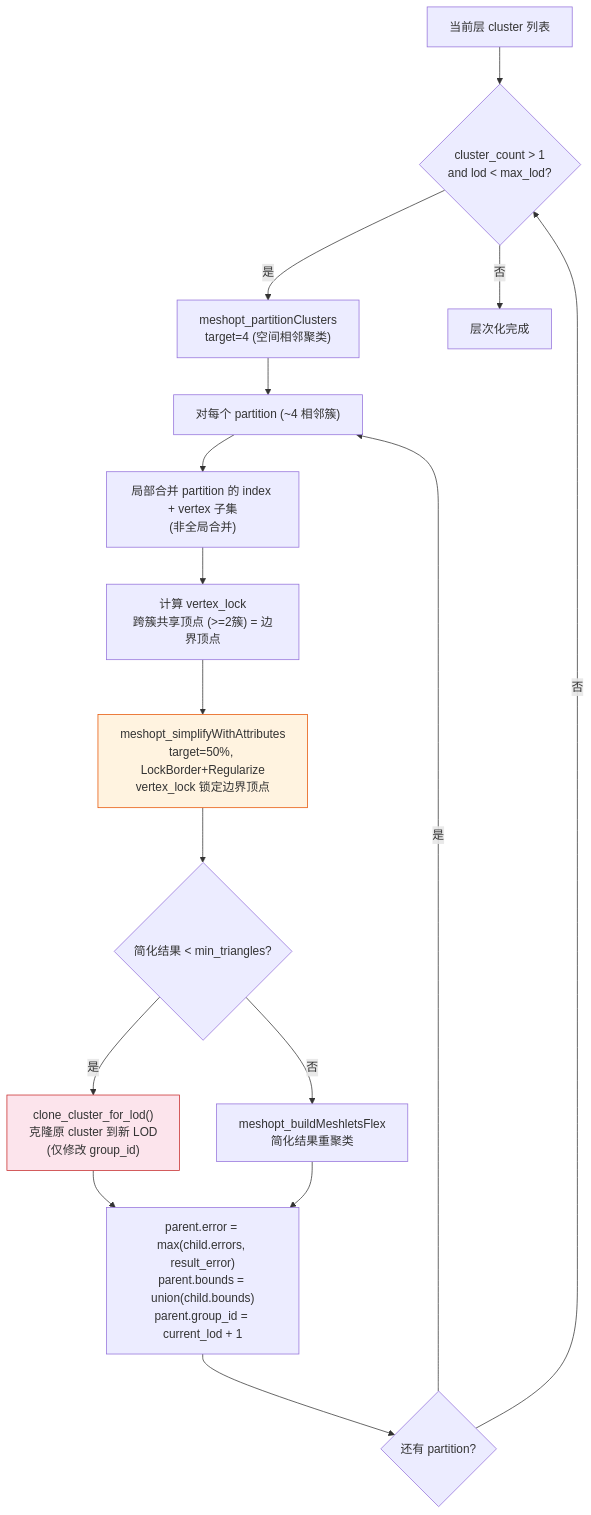
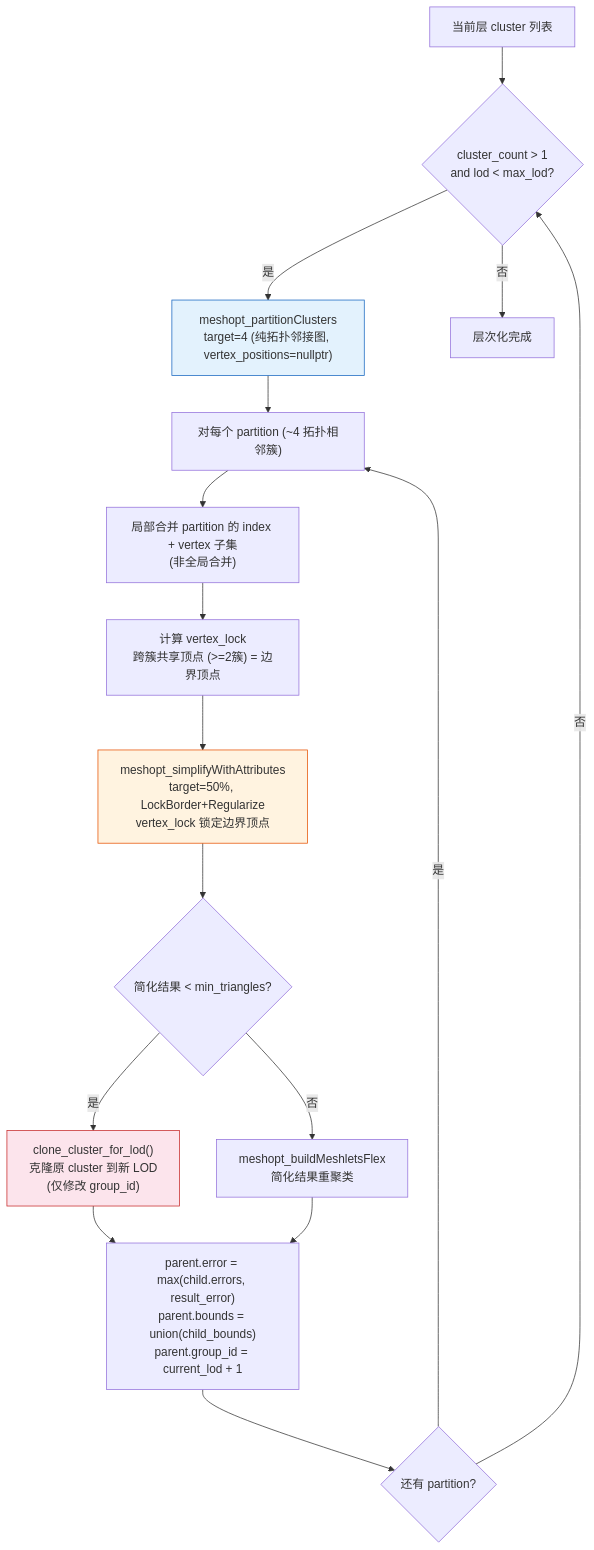
Before and after one commit to alonecat06/godot: the ninth of 18 diagrams in nanite_doc/nanite-overall-design.md, drawn with Mermaid. The commit also changed other lines of this file and 1 other file, not shown here.

````diff
--- a/nanite_doc/nanite-overall-design.md
+++ b/nanite_doc/nanite-overall-design.md
@@ -1105,21 +1105,22 @@
 ```mermaid
 flowchart TD
     Start["当前层 cluster 列表"] --> Check{cluster_count > 1<br/>and lod < max_lod?}
-    Check -- "是" --> Part["meshopt_partitionClusters<br/>target=4 (空间相邻聚类)"]
-    Part --> Loop["对每个 partition (~4 相邻簇)"]
+    Check -- "是" --> Part["meshopt_partitionClusters<br/>target=4 (纯拓扑邻接图, vertex_positions=nullptr)"]
+    Part --> Loop["对每个 partition (~4 拓扑相邻簇)"]
     Loop --> Merge["局部合并 partition 的 index + vertex 子集<br/>(非全局合并)"]
     Merge --> Lock["计算 vertex_lock<br/>跨簇共享顶点 (>=2簇) = 边界顶点"]
     Lock --> Simplify["meshopt_simplifyWithAttributes<br/>target=50%, LockBorder+Regularize<br/>vertex_lock 锁定边界顶点"]
     Simplify --> Bailout{简化结果 < min_triangles?}
     Bailout -- "是" --> Clone["clone_cluster_for_lod()<br/>克隆原 cluster 到新 LOD<br/>(仅修改 group_id)"]
     Bailout -- "否" --> Recluster["meshopt_buildMeshletsFlex<br/>简化结果重聚类"]
-    Clone --> Parent["parent.error = max(child.errors, result_error)<br/>parent.bounds = union(child.bounds)<br/>parent.group_id = current_lod + 1"]
+    Clone --> Parent["parent.error = max(child.errors, result_error)<br/>parent.bounds = union(child_bounds)<br/>parent.group_id = current_lod + 1"]
     Recluster --> Parent
     Parent --> NextPart{还有 partition?}
     NextPart -- "是" --> Loop
     NextPart -- "否" --> Check
     Check -- "否" --> Done["层次化完成"]
-    
+
     style Simplify fill:#fff3e0,stroke:#e65100
     style Clone fill:#fce4ec,stroke:#c62828
+    style Part fill:#e3f2fd,stroke:#1565c0
 ```
````
